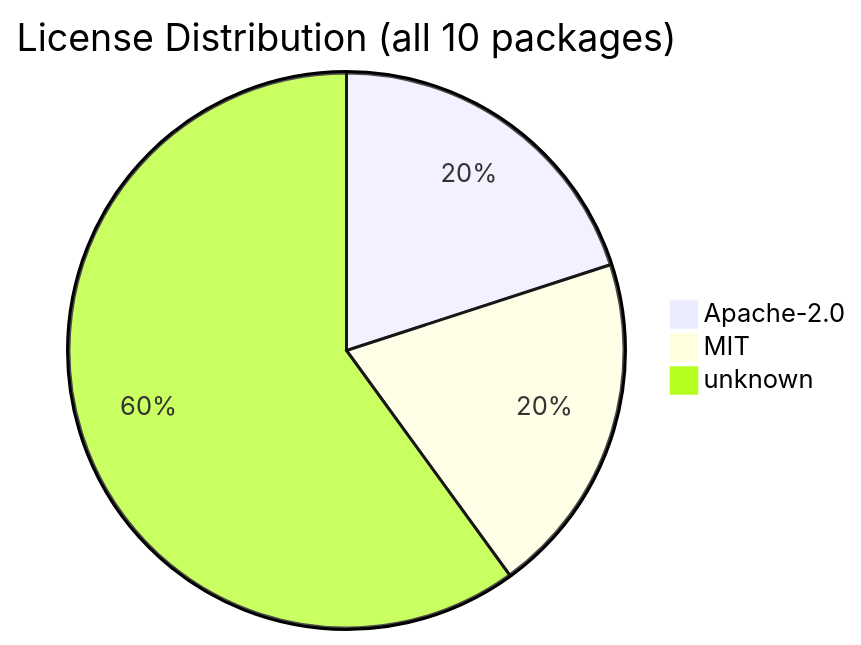
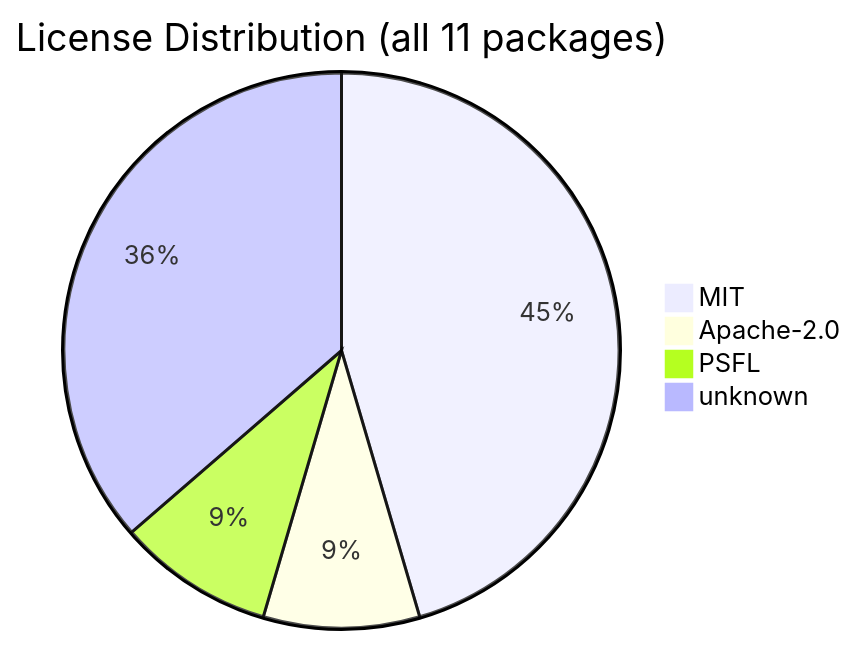
One commit to svenroth-ai/shipwright changed the diagram in .shipwright/compliance/sbom.md. Above: the diagram before and after it, drawn with Mermaid. The commit also changed other lines of this file and 51 other files, not shown here.

````diff
--- a/.shipwright/compliance/sbom.md
+++ b/.shipwright/compliance/sbom.md
@@ -18,6 +18,7 @@
 ```mermaid
-pie title License Distribution (all 10 packages)
-    "Apache-2.0" : 2
-    "MIT" : 2
-    "unknown" : 6
+pie title License Distribution (all 11 packages)
+    "MIT" : 5
+    "Apache-2.0" : 1
+    "PSFL" : 1
+    "unknown" : 4
 ```
````
